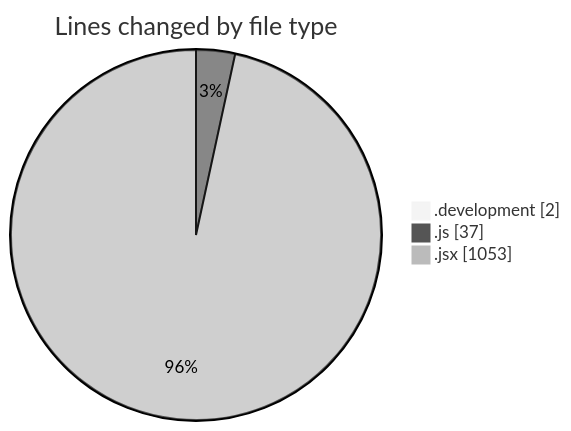
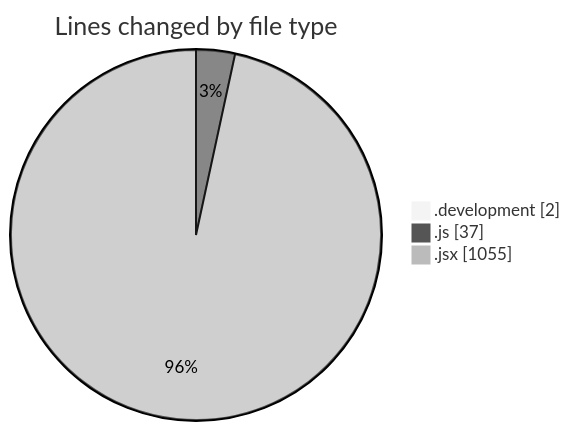
Before and after one commit to nxtqubesakshisongat/code-tracking: the first of 2 diagrams in 2025-11-10/nxtqube_webapp/README.md, drawn with Mermaid (neutral theme). The commit also changed other lines of this file and 1 other file, not shown here.

````diff
--- a/2025-11-10/nxtqube_webapp/README.md
+++ b/2025-11-10/nxtqube_webapp/README.md
@@ -23,7 +23,7 @@
 ```mermaid
 pie showData
 title Lines changed by file type
 ".development" : 2
 ".js" : 37
-".jsx" : 1053
+".jsx" : 1055
 ```
````
